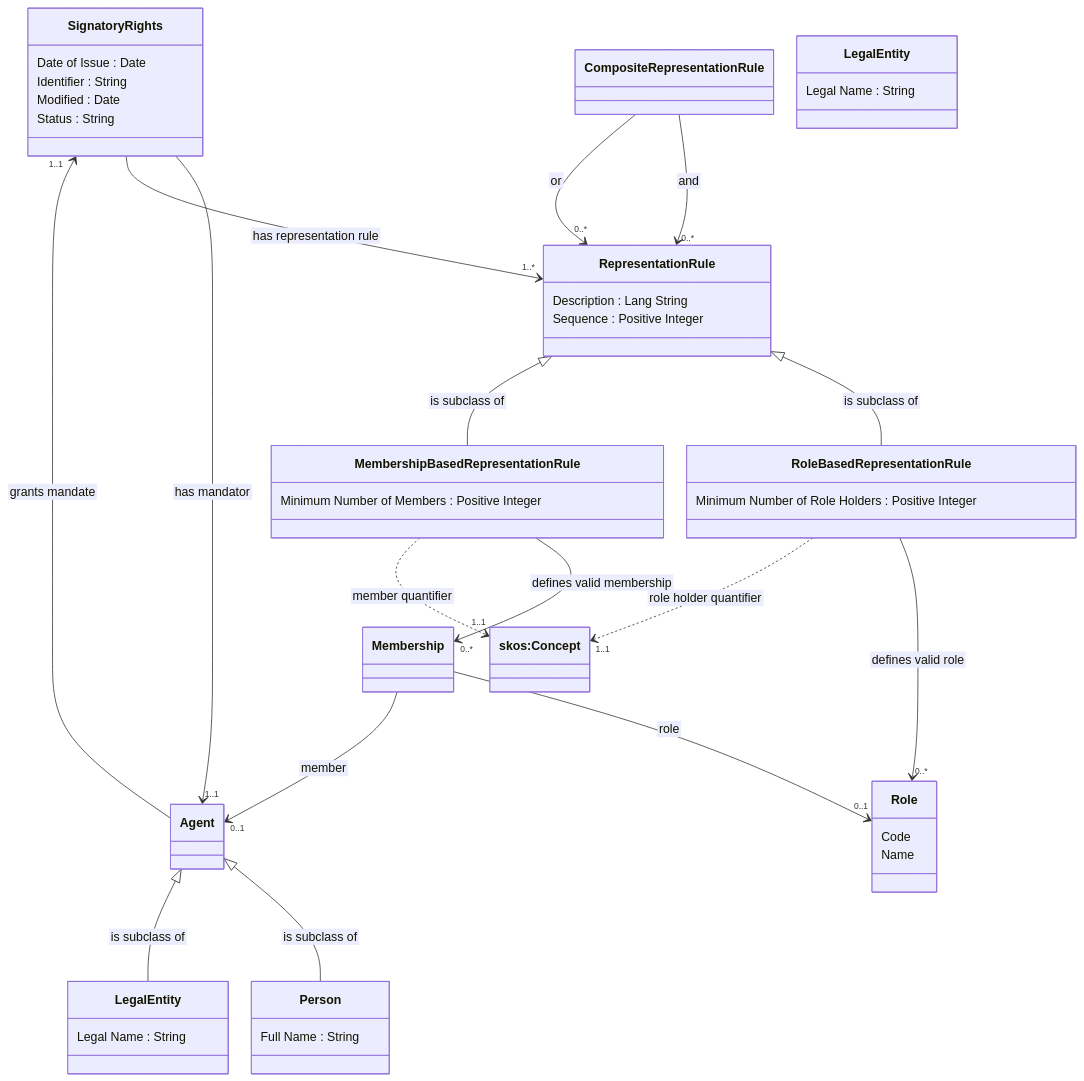
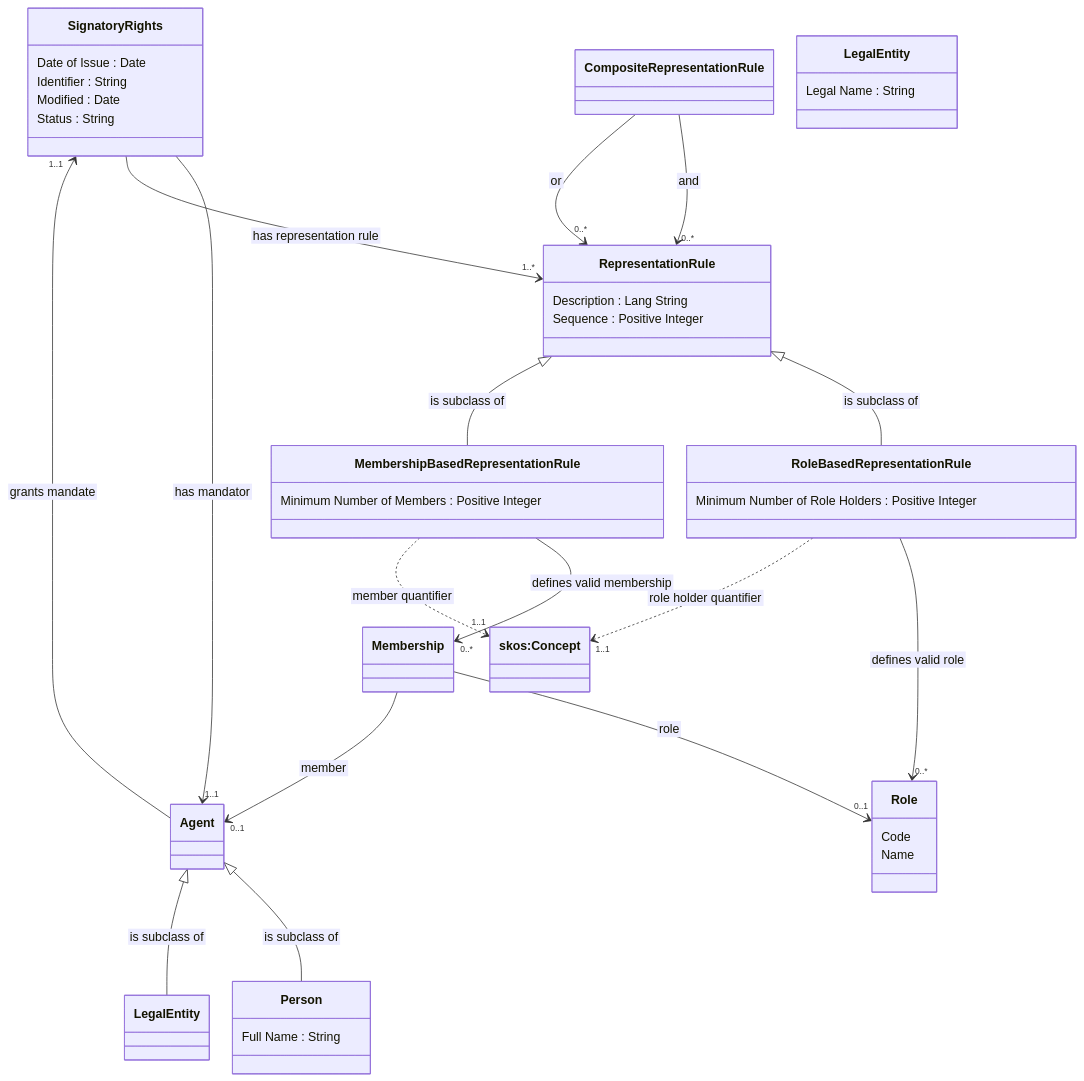
One commit to nordicsmartgovernment/Nordic-Signatory-Rights-Model changed the second of 2 diagrams in README.md. Above: the diagram before and after it, drawn with Mermaid.

````diff
--- a/README.md
+++ b/README.md
@@ -69,74 +69,70 @@
 ```mermaid
  %%{init:{'flowchart':{'nodeSpacing': 30, 'rankSpacing': 95, 'htmlLabels': false}}}%%
     classDiagram
         class Signatory Rights {
             Date of Issue : Date
             Identifier : String
             Modified : Date
             Status : String
         }
 
         Signatory Rights --> "1..1" AgentLegalEntity : has mandator
         Signatory Rights --> "1..*" Representation Rule : has representation rule
 
         class AgentLegalEntity["Agent"] {
-        }
-
-        class Legal Entity {
-           Legal Name : String
         }
 
         AgentLegalEntity --> "1..1" Signatory Rights:grants mandate
 
         class Representation Rule {
            Description : Lang String
            Sequence : Positive Integer
         }
 
         class Role Based Representation Rule {
            Minimum Number of Role Holders : Positive Integer
         }
 
         Role Based Representation Rule --> "0..*" Role : defines valid role
         Role Based Representation Rule ..> "1..1" SKOSConcept : role holder quantifier
 
         class Membership Based Representation Rule {
            Minimum Number of Members : Positive Integer
         }
 
         Membership Based Representation Rule --> "0..*" Membership : defines valid membership
         Membership Based Representation Rule ..> "1..1" SKOSConcept : member quantifier
 
         class Composite Representation Rule {
         }
 
         Composite Representation Rule --> "0..*" Representation Rule : and
         Composite Representation Rule --> "0..*" Representation Rule : or
 
         class Role {
            Code
            Name
         }
 
         class Membership {
         }
 
         Membership --> "0..1" Role : role
         Membership --> "0..1" AgentLegalEntity : member
 
         class Person {
            Full Name : String
         }
 
         class Legal Entity Member["LegalEntity"] {
            Legal Name : String
         }
 
         class SKOSConcept["skos:Concept"] {
         }
 
         Representation Rule <|-- Role Based Representation Rule : is subclass of
         Representation Rule <|-- Membership Based Representation Rule : is subclass of
         AgentLegalEntity <|-- Person : is subclass of
         AgentLegalEntity <|-- Legal Entity : is subclass of
 ```
````
